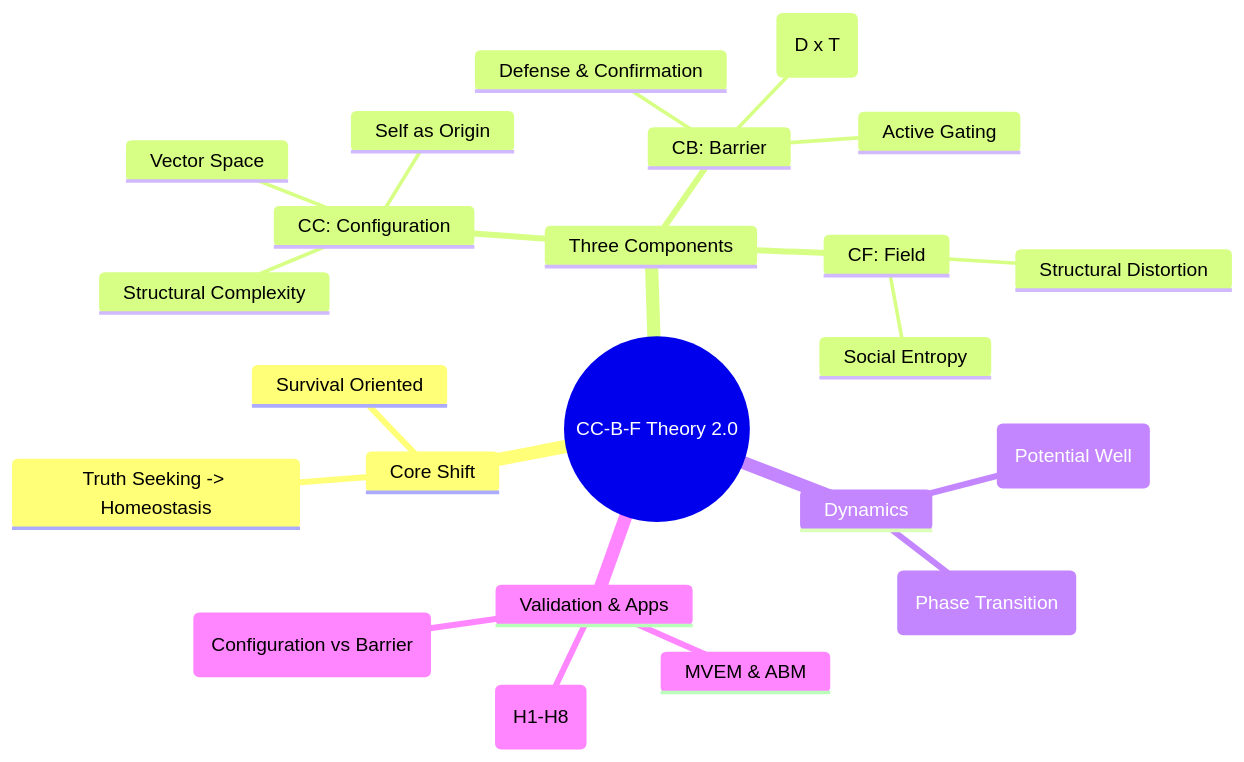
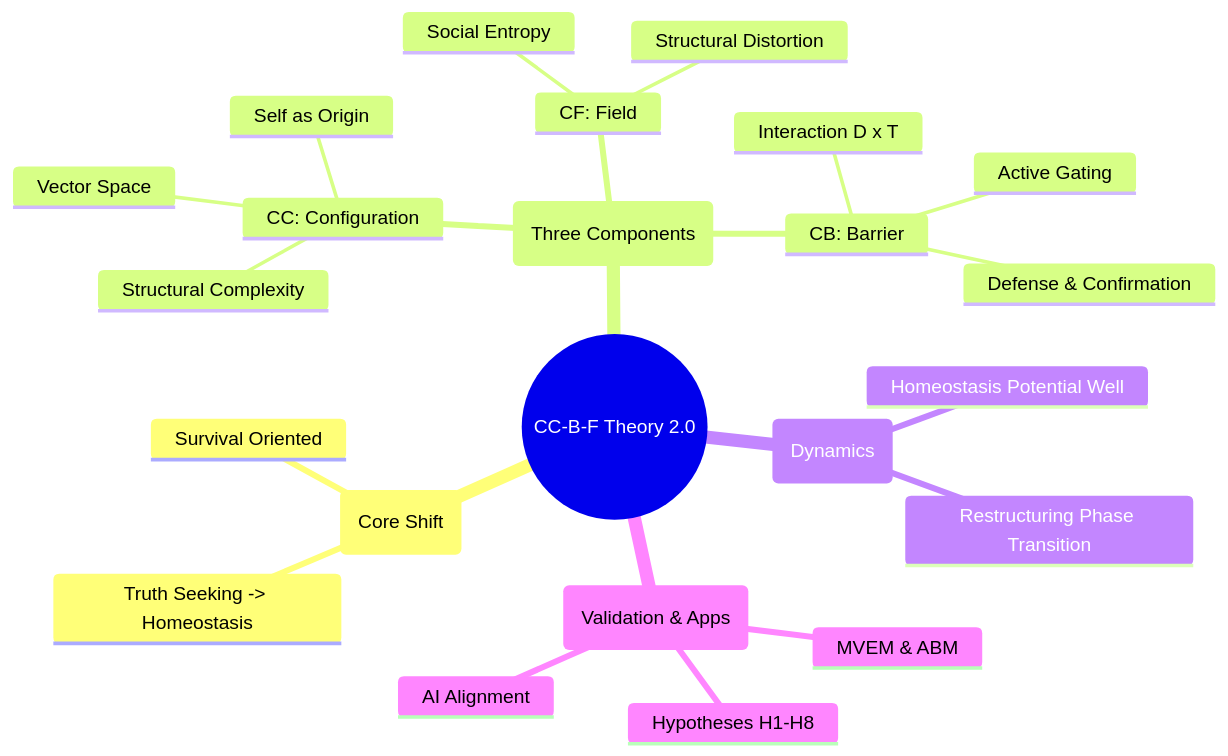
Before and after one commit to Zhenpeng-Lin/CC-B-F-Theory: the diagram in README.md, drawn with Mermaid.

````diff
--- a/README.md
+++ b/README.md
@@ -33,27 +33,31 @@
 ```mermaid
 mindmap
   root((CC-B-F Theory 2.0))
-    Core Shift
+    Core_Shift(Core Shift)
+      ::icon(fa fa-sync)
       Truth Seeking -> Homeostasis
       Survival Oriented
-    Three Components
+    Three_Components(Three Components)
+      ::icon(fa fa-cubes)
       CC: Configuration
         Vector Space
         Self as Origin
         Structural Complexity
       CB: Barrier
         Active Gating
-        Interaction (D x T)
+        Interaction D x T
         Defense & Confirmation
       CF: Field
         Social Entropy
         Structural Distortion
-    Dynamics
-      Homeostasis (Potential Well)
-      Restructuring (Phase Transition)
-    Validation & Apps
-      Hypotheses (H1-H8)
-      AI Alignment (Configuration vs Barrier)
+    Dynamics(Dynamics)
+      ::icon(fa fa-chart-line)
+      Homeostasis Potential Well
+      Restructuring Phase Transition
+    Validation_Apps(Validation & Apps)
+      ::icon(fa fa-check-circle)
+      Hypotheses H1-H8
+      AI Alignment
       MVEM & ABM
 
 ```
````
